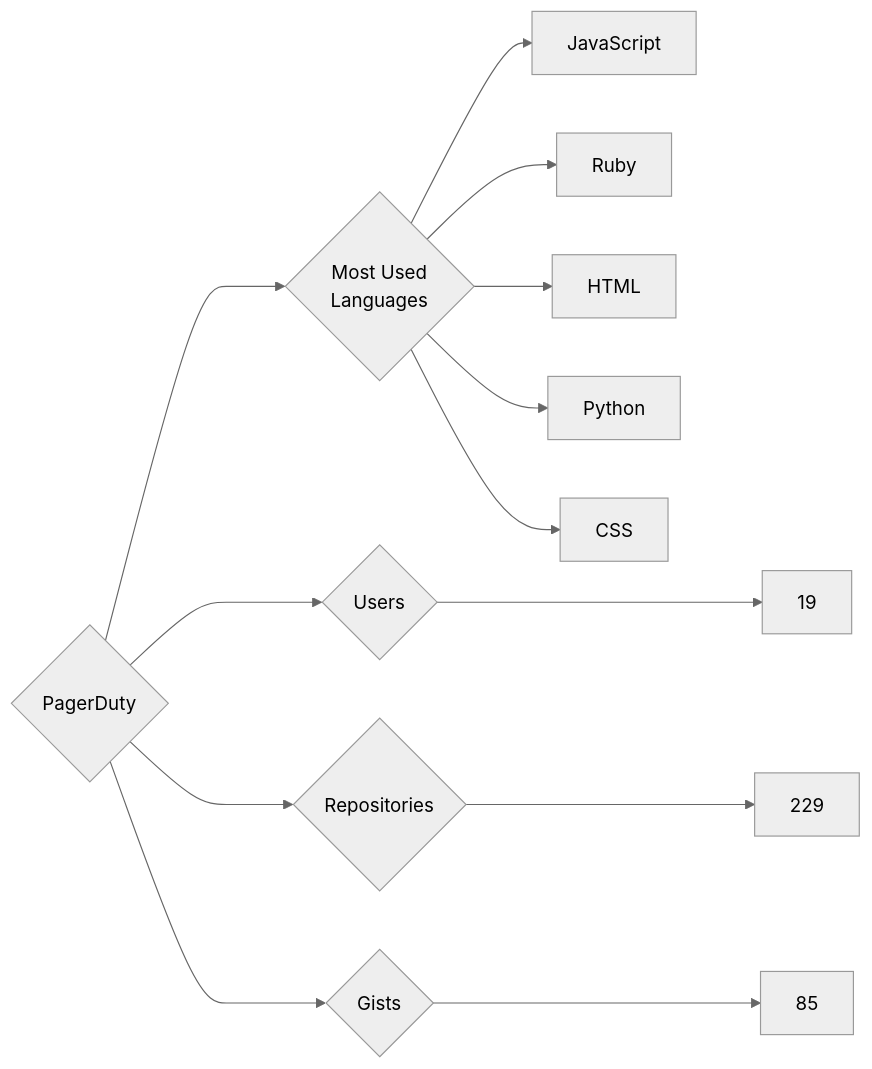
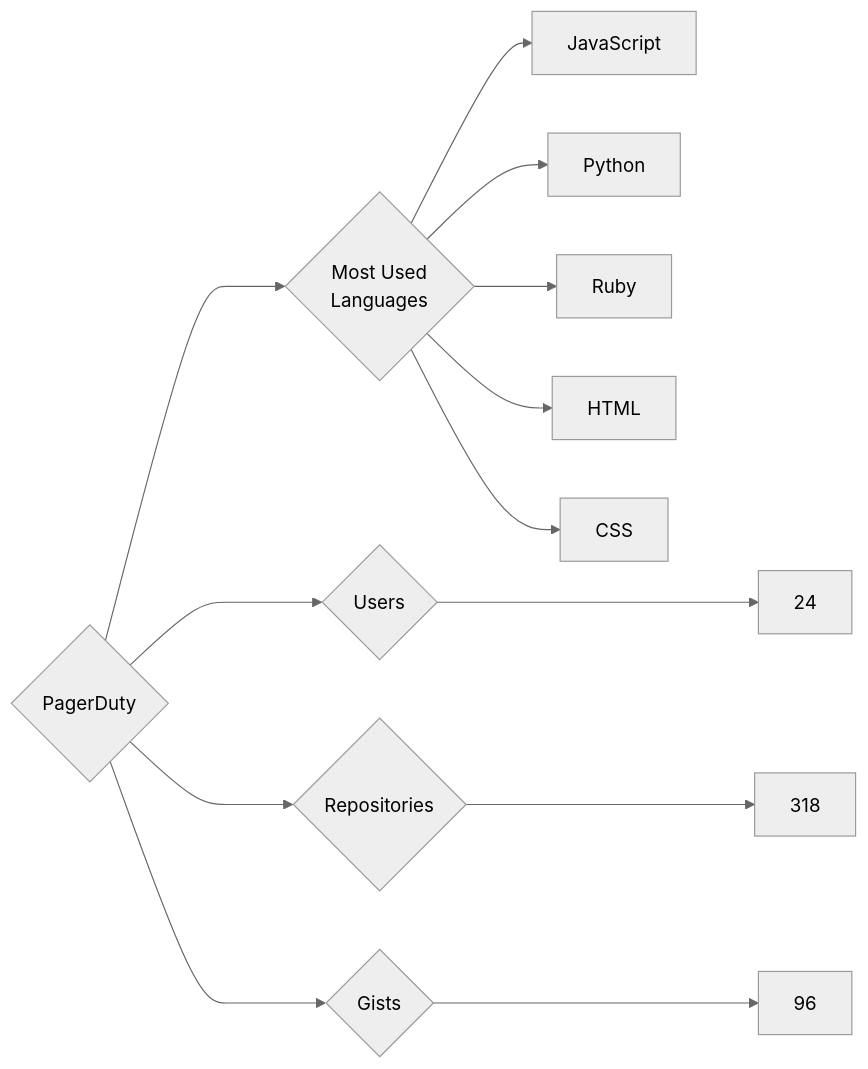
One commit to trickest/insiders changed the diagram in targets/PagerDuty/README.md. Above: the diagram before and after it, drawn with Mermaid (neutral theme). The commit also changed 835 other files, not shown here.

````diff
--- a/targets/PagerDuty/README.md
+++ b/targets/PagerDuty/README.md
@@ -3,13 +3,13 @@
 ```mermaid
 graph LR
 COMPANY_NAME{PagerDuty}
-COMPANY_NAME ---> U{Users} ---> UN[19]
-COMPANY_NAME ---> R{Repositories} ---> RN[229]
-COMPANY_NAME ---> G{Gists} ---> GN[85]
+COMPANY_NAME ---> U{Users} ---> UN[24]
+COMPANY_NAME ---> R{Repositories} ---> RN[318]
+COMPANY_NAME ---> G{Gists} ---> GN[96]
 COMPANY_NAME ---> ML{Most Used<br>Languages}
 ML --> JavaScript[JavaScript]
+ML --> Python[Python]
 ML --> Ruby[Ruby]
 ML --> HTML[HTML]
-ML --> Python[Python]
 ML --> CSS[CSS]
 ```
````
